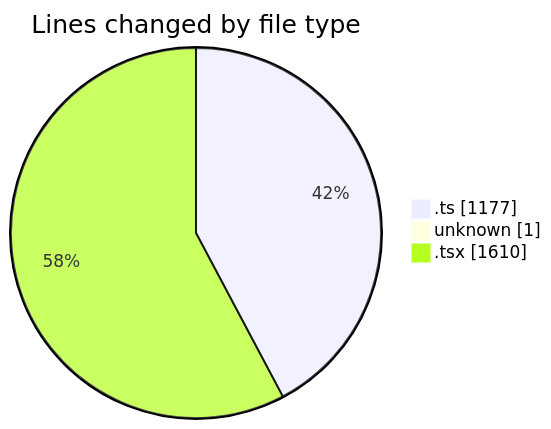
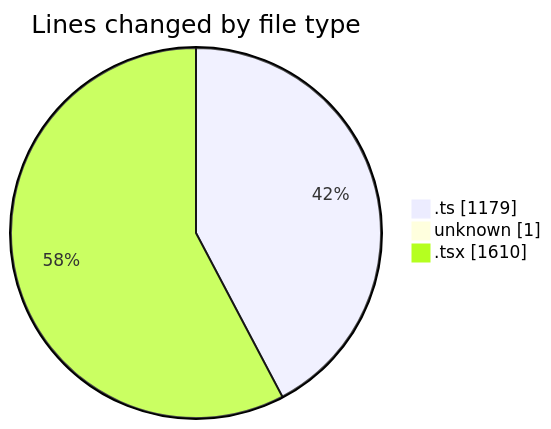
The first of 2 diagrams in 2025-02-17/mbc-web/README.md (robertbonfada/code-tracking), drawn with Mermaid before and after one commit. The commit also changed other lines of this file and 1 other file, not shown here.

````diff
--- a/2025-02-17/mbc-web/README.md
+++ b/2025-02-17/mbc-web/README.md
@@ -38,7 +38,7 @@
 ```mermaid
 pie showData
 title Lines changed by file type
-".ts" : 1177
+".ts" : 1179
 "unknown" : 1
 ".tsx" : 1610
 ```
````
